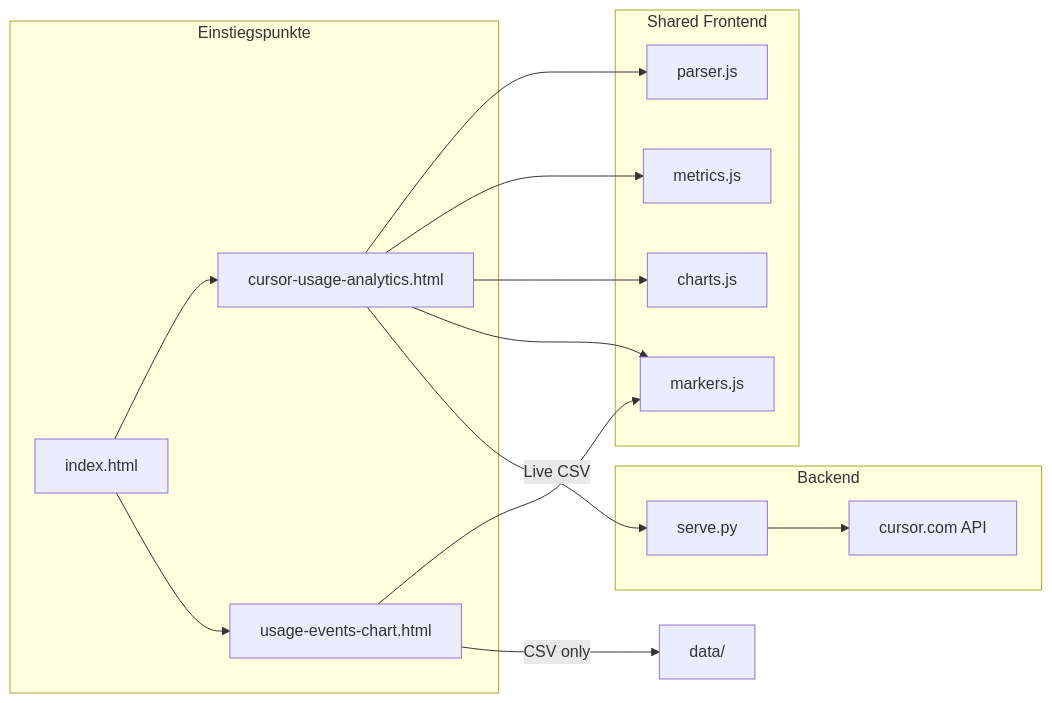
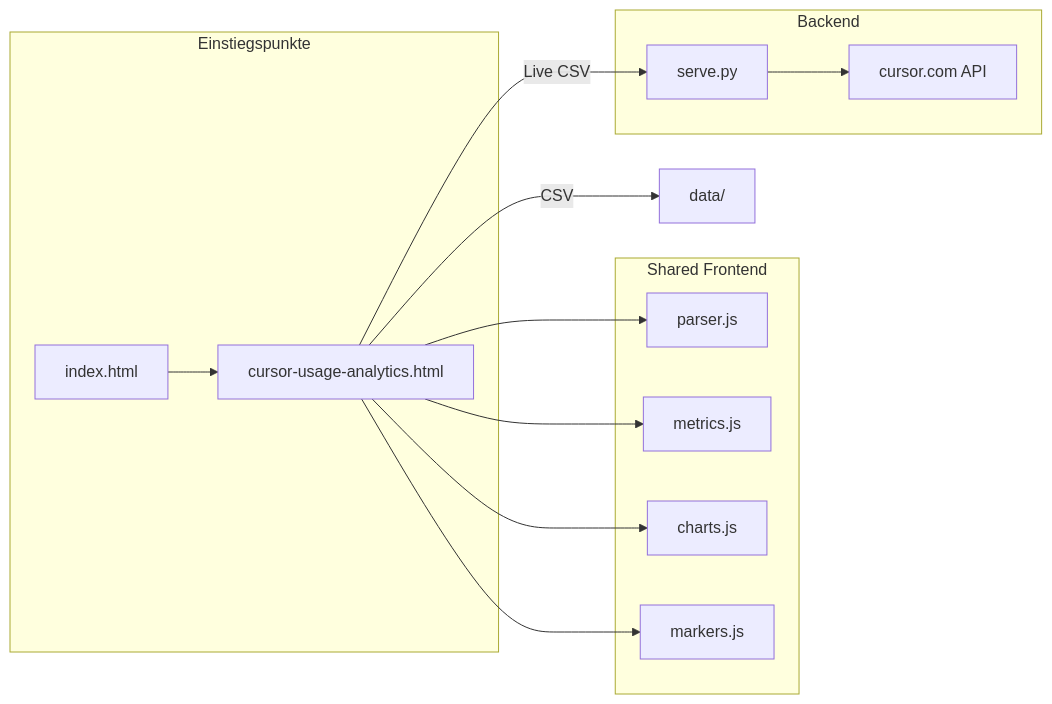
Before and after one commit to 70hundert/cursor-usage-analytics: the diagram in docs/REFERENCE.md, drawn with Mermaid. The commit also changed other lines of this file and 10 other files, not shown here.

Commit message:
refactor: remove usage-events-chart.html and update references in analytics and README files

````diff
--- a/docs/REFERENCE.md
+++ b/docs/REFERENCE.md
@@ -35,28 +34,25 @@
 ```mermaid
 flowchart LR
   subgraph entry [Einstiegspunkte]
     hub[index.html]
     analytics[cursor-usage-analytics.html]
-    events[usage-events-chart.html]
   end
   subgraph shared [Shared Frontend]
     parser[parser.js]
     metrics[metrics.js]
     charts[charts.js]
     markers[markers.js]
   end
   subgraph backend [Backend]
     serve[serve.py]
     cursorAPI[cursor.com API]
   end
   hub --> analytics
-  hub --> events
   analytics --> parser
   analytics --> metrics
   analytics --> charts
   analytics --> markers
-  events --> markers
   analytics -->|Live CSV| serve
-  events -->|CSV only| data[data/]
+  analytics -->|CSV| data[data/]
   serve --> cursorAPI
 ```
````
